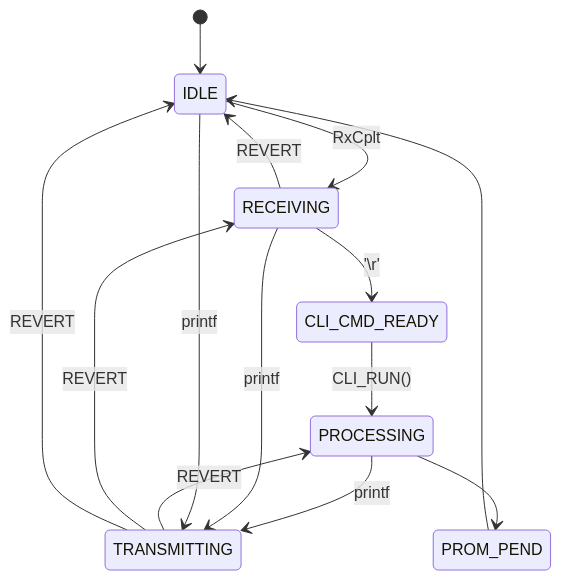
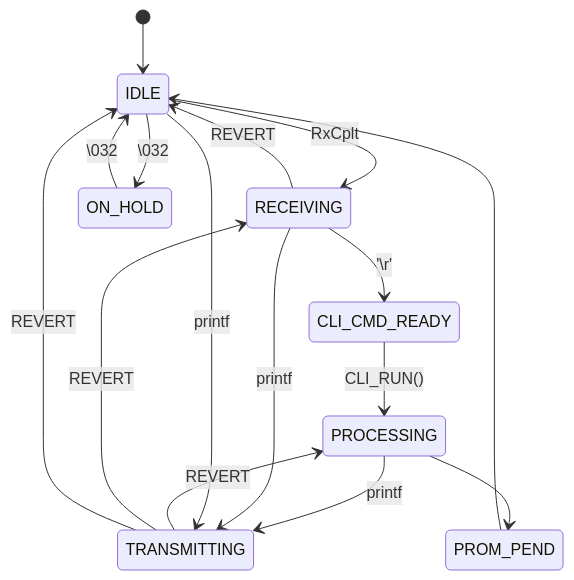
Before and after one commit to PortiaLabiata/STM32_CLI: the diagram in README.md, drawn with Mermaid. The commit also changed other lines of this file and 2 other files, not shown here.

````diff
--- a/README.md
+++ b/README.md
@@ -76,22 +73,25 @@
 ```mermaid
 stateDiagram-v2
     [*] --> IDLE
     IDLE --> RECEIVING : RxCplt
     RECEIVING --> IDLE : REVERT
 
     RECEIVING --> CLI_CMD_READY : '\r'
 
     CLI_CMD_READY --> PROCESSING : CLI_RUN()
     PROCESSING --> TRANSMITTING : printf
     TRANSMITTING --> PROCESSING : REVERT
     PROCESSING --> PROM_PEND
 
     PROM_PEND --> IDLE
 
     RECEIVING --> TRANSMITTING : printf
     TRANSMITTING --> RECEIVING : REVERT
 
     IDLE --> TRANSMITTING : printf
     TRANSMITTING --> IDLE : REVERT
 
+    IDLE --> ON_HOLD : \032
+    ON_HOLD --> IDLE : \032
+
 ```
````
